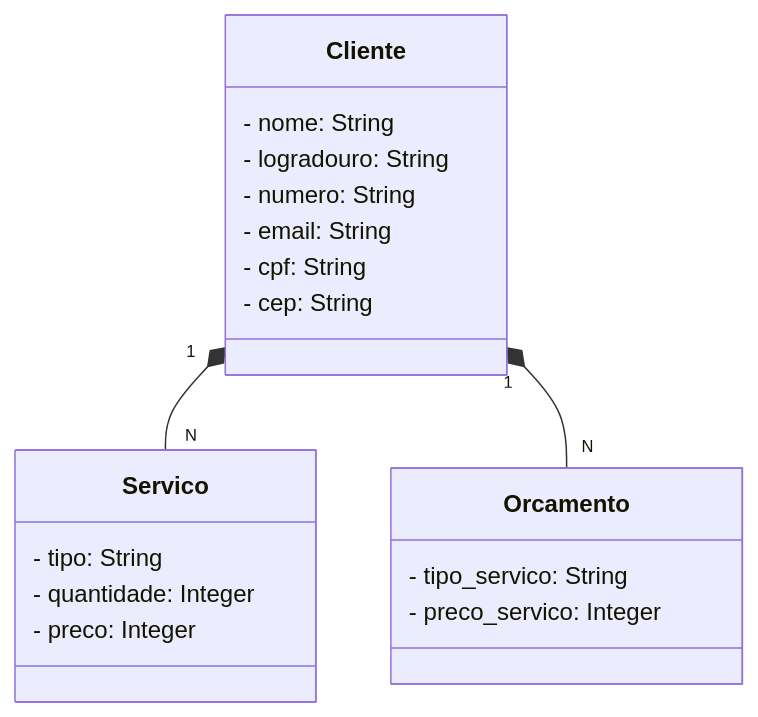
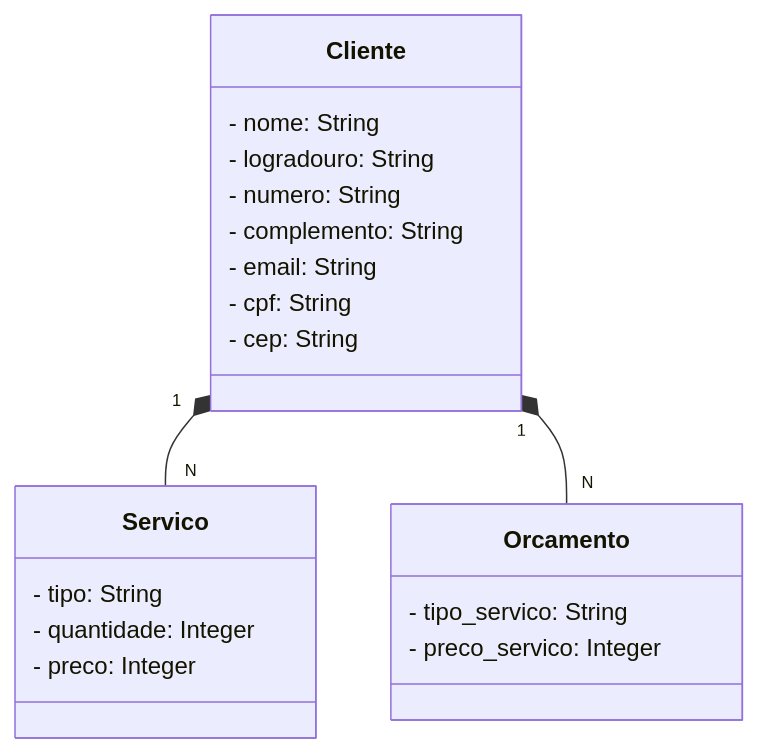
One commit to ThiagoCh/Projeto_Integrador_2 changed the diagram in README.md. Above: the diagram before and after it, drawn with Mermaid.

````diff
--- a/README.md
+++ b/README.md
@@ -5,25 +5,26 @@
  ```mermaid
 classDiagram
   class Cliente {
     - nome: String
     - logradouro: String
     - numero: String
+    - complemento: String
     - email: String
     - cpf: String
     - cep: String
   }
 
   class Servico {
     - tipo: String
     - quantidade: Integer
     - preco: Integer
   }
 
   class Orcamento {
     - tipo_servico: String
     - preco_servico: Integer
   }
 
   Cliente "1" *-- "N" Servico
   Cliente "1" *-- "N" Orcamento
 ```
````
